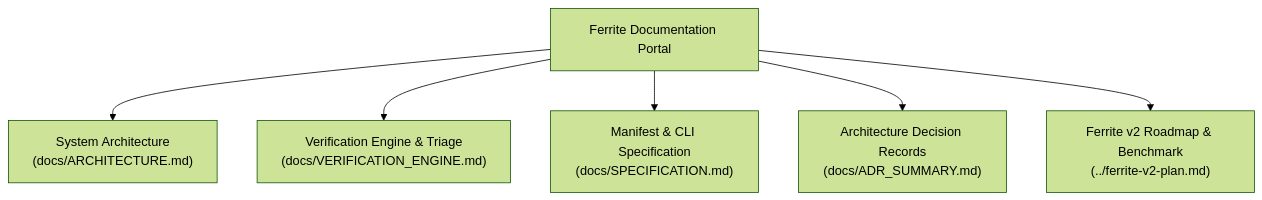
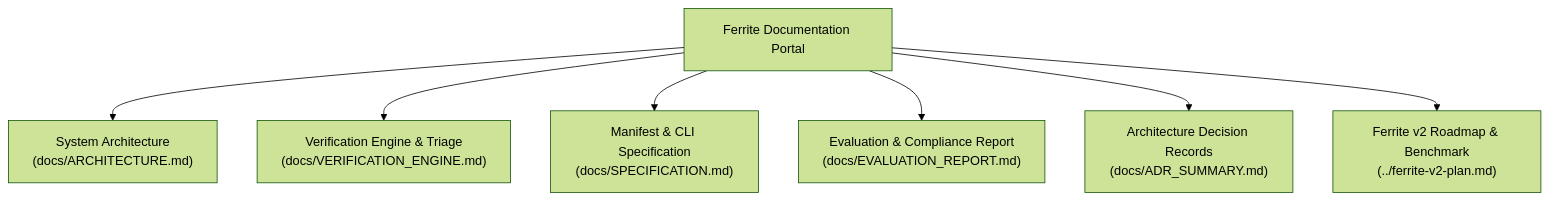
One commit to DGP2020/ferrite changed the diagram in docs/README.md. Above: the diagram before and after it, drawn with Mermaid (forest theme). The commit also changed other lines of this file and 4 other files, not shown here.

Commit message:
docs: update architecture, verification engine, and evaluation report

````diff
--- a/docs/README.md
+++ b/docs/README.md
@@ -11,10 +11,11 @@
 ```mermaid
 flowchart TD
     PORTAL["Ferrite Documentation Portal"]
     
     PORTAL --> ARCH["System Architecture<br/>(docs/ARCHITECTURE.md)"]
     PORTAL --> VERIF["Verification Engine &amp; Triage<br/>(docs/VERIFICATION_ENGINE.md)"]
     PORTAL --> SPEC["Manifest &amp; CLI Specification<br/>(docs/SPECIFICATION.md)"]
+    PORTAL --> EVAL["Evaluation &amp; Compliance Report<br/>(docs/EVALUATION_REPORT.md)"]
     PORTAL --> ADR["Architecture Decision Records<br/>(docs/ADR_SUMMARY.md)"]
     PORTAL --> PLAN["Ferrite v2 Roadmap &amp; Benchmark<br/>(../ferrite-v2-plan.md)"]
 ```
````
